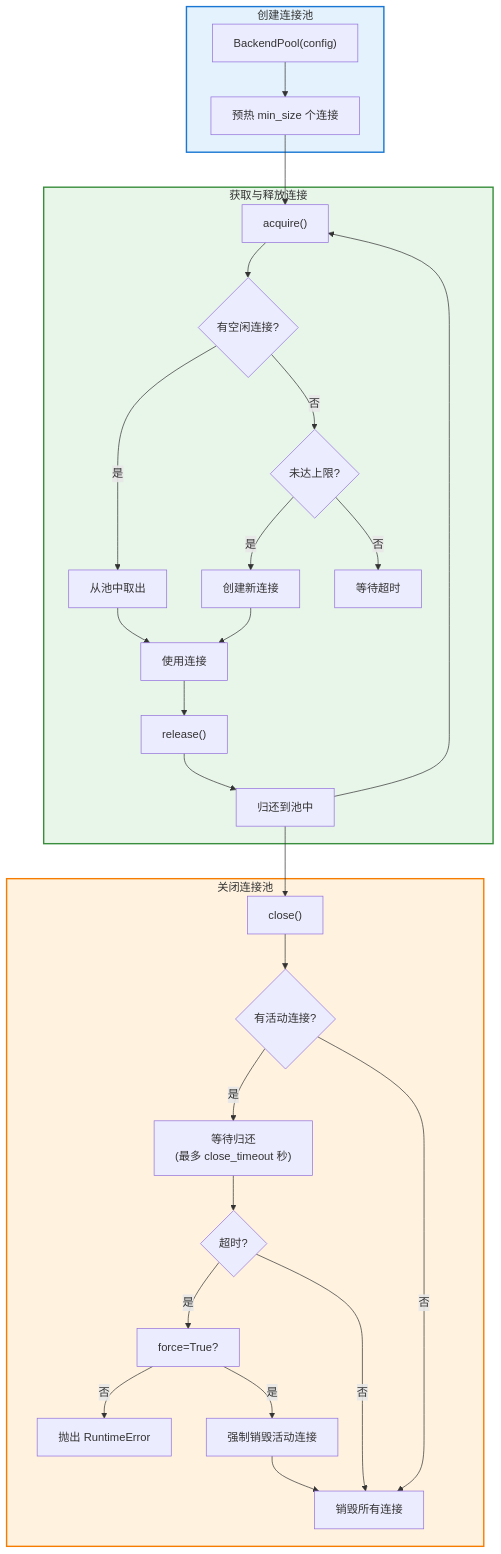
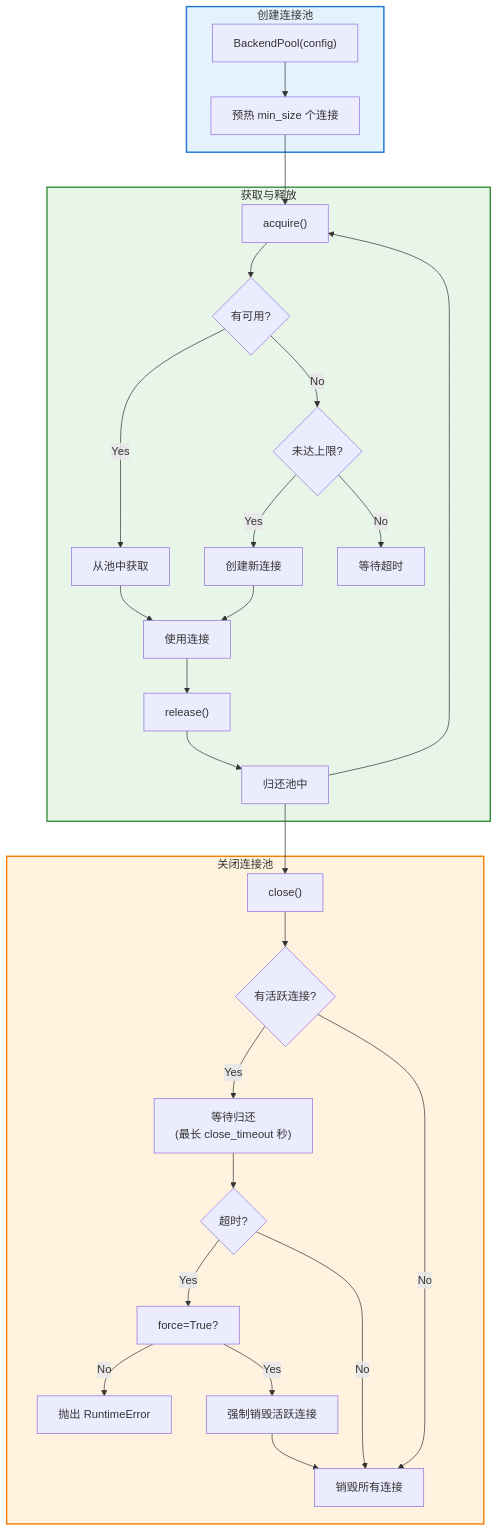
One commit to rhosocial/python-activerecord changed the first of 5 diagrams in docs/zh_CN/connection/connection_pool.md. Above: the diagram before and after it, drawn with Mermaid. The commit also changed other lines of this file and 200 other files, not shown here.

````diff
--- a/docs/zh_CN/connection/connection_pool.md
+++ b/docs/zh_CN/connection/connection_pool.md
@@ -18,59 +18,59 @@
 ```mermaid
 flowchart TB
     subgraph PoolCreation["创建连接池"]
         A1["BackendPool(config)"]
         A2["预热 min_size 个连接"]
         A1 --> A2
     end
 
-    subgraph AcquireRelease["获取与释放连接"]
+    subgraph AcquireRelease["获取与释放"]
         B1["acquire()"]
-        B2{"有空闲连接?"}
-        B3["从池中取出"]
+        B2{"有可用?"}
+        B3["从池中获取"]
         B4{"未达上限?"}
         B5["创建新连接"]
         B6["等待超时"]
         B7["使用连接"]
         B8["release()"]
-        B9["归还到池中"]
+        B9["归还池中"]
 
         B1 --> B2
-        B2 -->|是| B3
-        B2 -->|否| B4
-        B4 -->|是| B5
-        B4 -->|否| B6
+        B2 -->|Yes| B3
+        B2 -->|No| B4
+        B4 -->|Yes| B5
+        B4 -->|No| B6
         B3 --> B7
         B5 --> B7
         B7 --> B8
         B8 --> B9
     end
 
     subgraph Close["关闭连接池"]
         C1["close()"]
-        C2{"有活动连接?"}
-        C3["等待归还<br/>(最多 close_timeout 秒)"]
+        C2{"有活跃连接?"}
+        C3["等待归还<br/>(最长 close_timeout 秒)"]
         C4{"超时?"}
         C5["抛出 RuntimeError"]
         C6["销毁所有连接"]
         C7["force=True?"]
-        C8["强制销毁活动连接"]
+        C8["强制销毁活跃连接"]
 
         C1 --> C2
-        C2 -->|是| C3
-        C2 -->|否| C6
+        C2 -->|Yes| C3
+        C2 -->|No| C6
         C3 --> C4
-        C4 -->|是| C7
-        C4 -->|否| C6
-        C7 -->|否| C5
-        C7 -->|是| C8
+        C4 -->|Yes| C7
+        C4 -->|No| C6
+        C7 -->|No| C5
+        C7 -->|Yes| C8
         C8 --> C6
     end
 
     A2 --> B1
     B9 --> B1
     B9 --> C1
 
     style PoolCreation fill:#e3f2fd,stroke:#1976d2,stroke-width:2px
     style AcquireRelease fill:#e8f5e9,stroke:#388e3c,stroke-width:2px
     style Close fill:#fff3e0,stroke:#f57c00,stroke-width:2px
 ```
````
